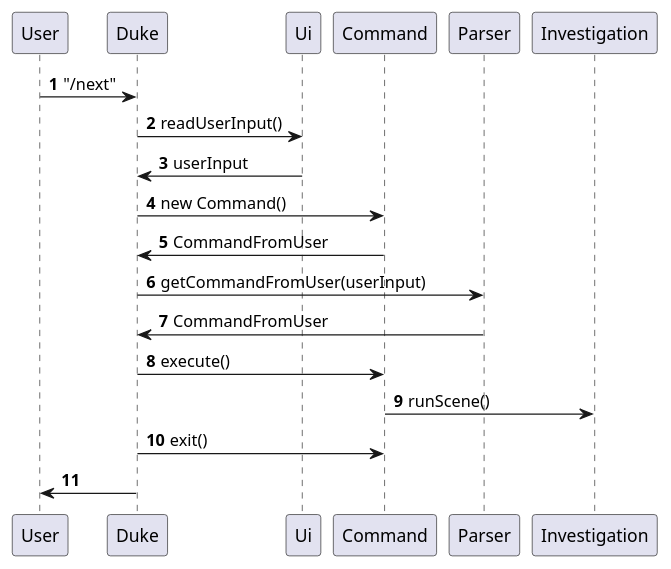
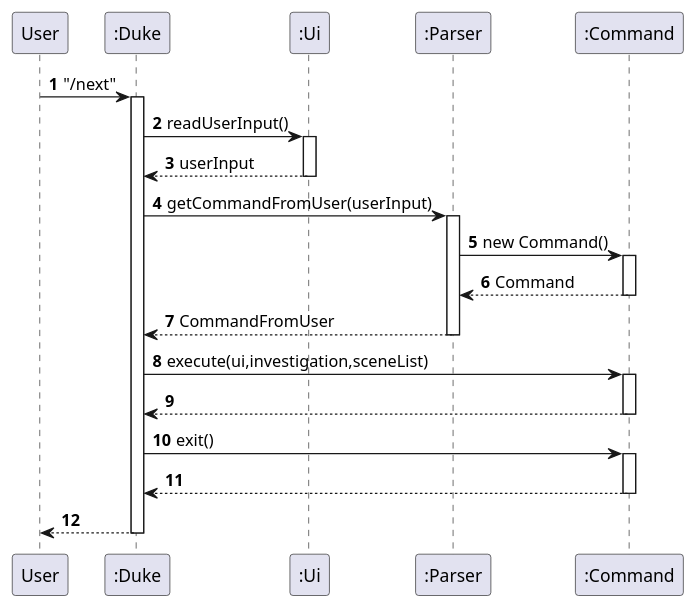
One commit to peng-217/tp changed the diagram in docs/main_architecture.puml. Above: the diagram before and after it, drawn with PlantUML. The commit also changed 5 other files, not shown here.

Commit message:
Update uml diagrams for command component

```diff
--- a/docs/main_architecture.puml
+++ b/docs/main_architecture.puml
@@ -1,18 +1,31 @@
 @startuml
 'https://plantuml.com/sequence-diagram
 
 autonumber
 
-User -> Duke: "/next"
-Duke -> Ui: readUserInput()
-Duke <- Ui: userInput
-Duke -> Command: new Command()
-Duke <- Command: CommandFromUser
-Duke -> Parser: getCommandFromUser(userInput)
-Duke <- Parser: CommandFromUser
-Duke -> Command: execute()
-Command -> Investigation: runScene()
-Duke -> Command: exit()
-User <- Duke
+User -> ":Duke": "/next"
+activate ":Duke"
+":Duke" -> ":Ui": readUserInput()
+activate ":Ui"
+":Duke" <-- ":Ui": userInput
+deactivate ":Ui"
+":Duke" -> ":Parser": getCommandFromUser(userInput)
+activate ":Parser"
+":Parser" -> ":Command": new Command()
+activate ":Command"
+":Parser" <-- ":Command": Command
+deactivate ":Command"
+":Duke" <-- ":Parser": CommandFromUser
+deactivate ":Parser"
+":Duke" -> ":Command": execute(ui,investigation,sceneList)
+activate ":Command"
+":Duke" <-- ":Command"
+deactivate ":Command"
+":Duke" -> ":Command": exit()
+activate ":Command"
+":Duke" <-- ":Command"
+deactivate ":Command"
+User <-- ":Duke"
+deactivate ":Duke"
 
 @enduml
```
